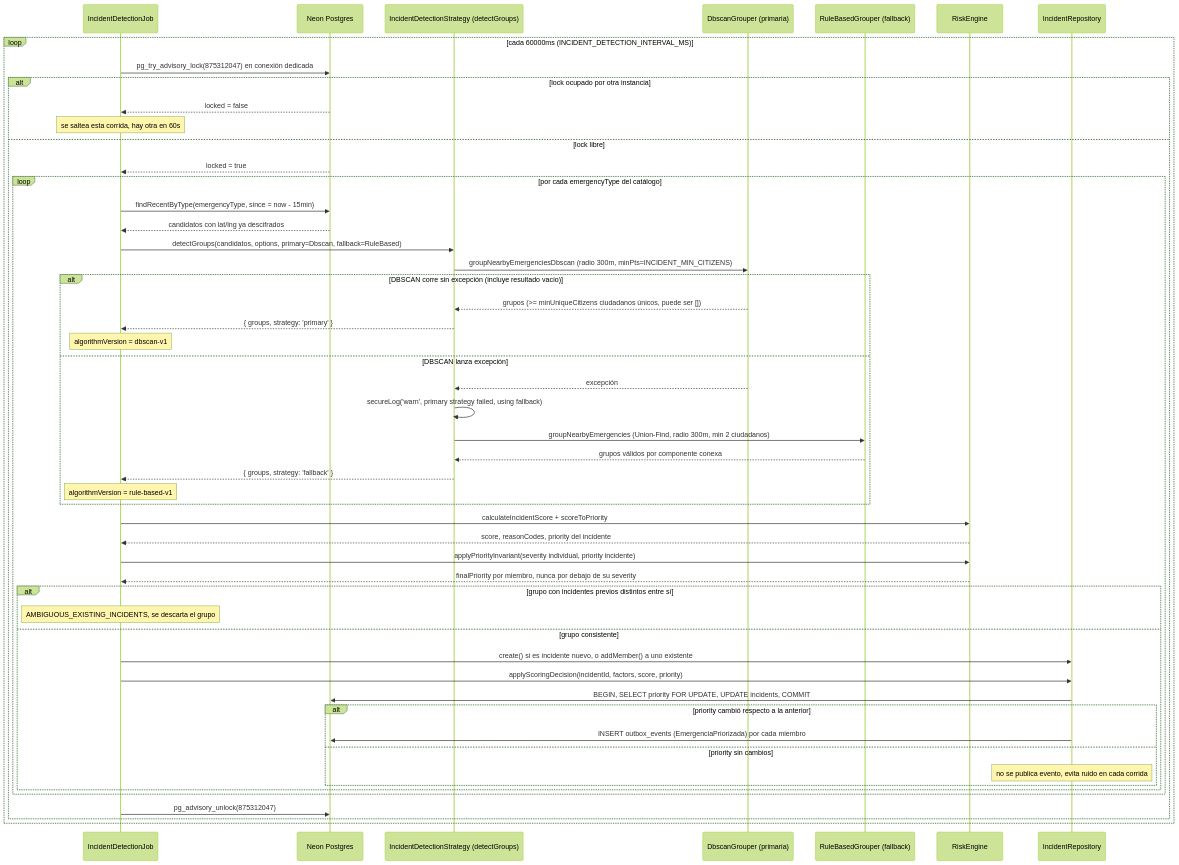
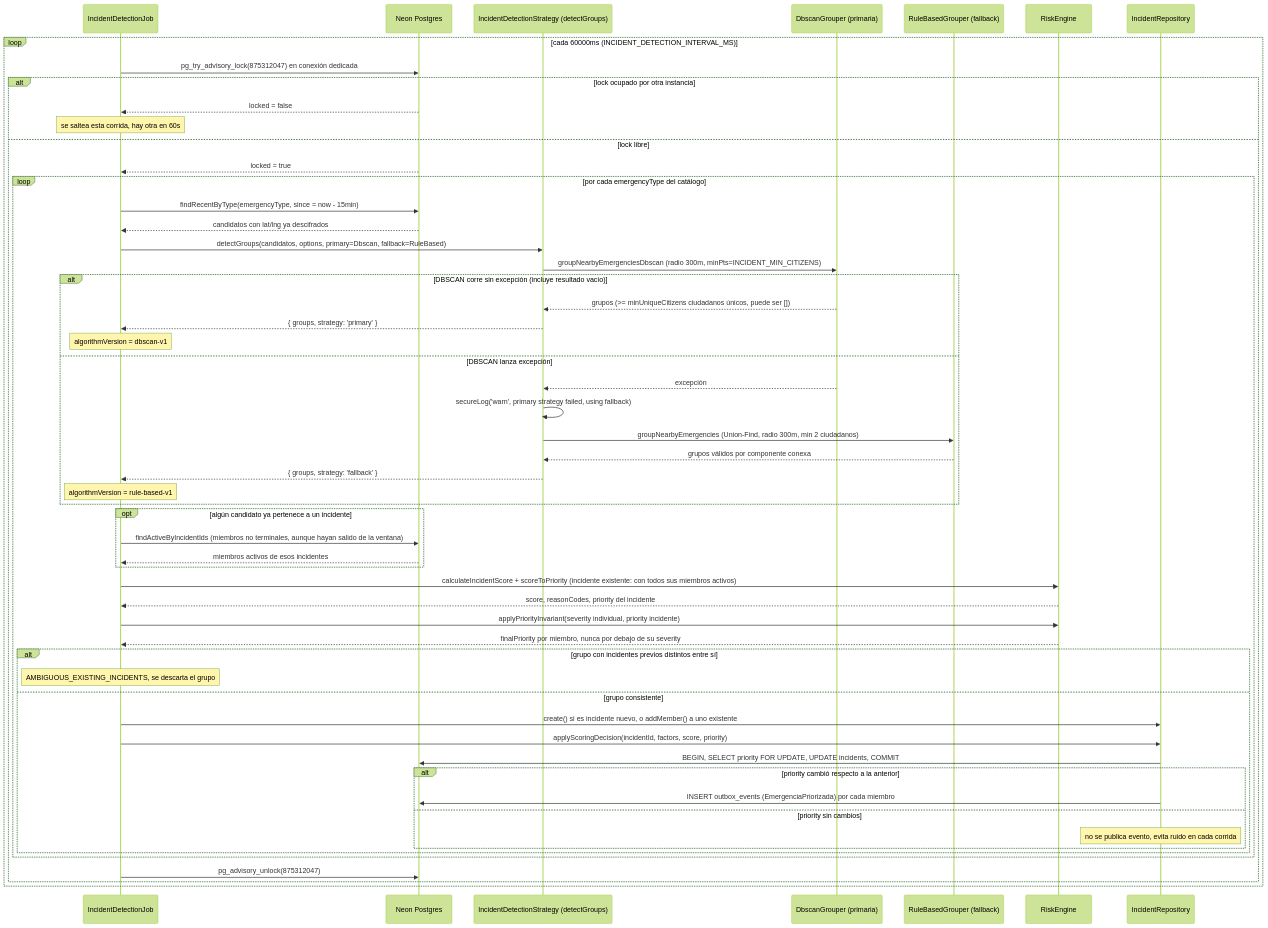
One commit to G6D2/emergencias-backend changed the fourth of 7 diagrams in docs/diagramas/05-secuencias.md. Above: the diagram before and after it, drawn with Mermaid (forest theme). The commit also changed 12 other files, not shown here.

First line of the commit message:
fix(incidentes): no bajar el score cuando los primeros reportes salen de la ventana (#134)

````diff
--- a/docs/diagramas/05-secuencias.md
+++ b/docs/diagramas/05-secuencias.md
@@ -152,55 +152,59 @@
 ```mermaid
 sequenceDiagram
     participant Job as IncidentDetectionJob
     participant DB as Neon Postgres
     participant Strategy as IncidentDetectionStrategy (detectGroups)
     participant Dbscan as DbscanGrouper (primaria)
     participant RuleBased as RuleBasedGrouper (fallback)
     participant Rules as RiskEngine
     participant Repo as IncidentRepository
 
     loop cada 60000ms (INCIDENT_DETECTION_INTERVAL_MS)
         Job->>DB: pg_try_advisory_lock(875312047) en conexión dedicada
         alt lock ocupado por otra instancia
             DB-->>Job: locked = false
             Note over Job: se saltea esta corrida, hay otra en 60s
         else lock libre
             DB-->>Job: locked = true
             loop por cada emergencyType del catálogo
                 Job->>DB: findRecentByType(emergencyType, since = now - 15min)
                 DB-->>Job: candidatos con lat/lng ya descifrados
                 Job->>Strategy: detectGroups(candidatos, options, primary=Dbscan, fallback=RuleBased)
                 Strategy->>Dbscan: groupNearbyEmergenciesDbscan (radio 300m, minPts=INCIDENT_MIN_CITIZENS)
                 alt DBSCAN corre sin excepción (incluye resultado vacío)
                     Dbscan-->>Strategy: grupos (>= minUniqueCitizens ciudadanos únicos, puede ser [])
                     Strategy-->>Job: { groups, strategy: 'primary' }
                     Note over Job: algorithmVersion = dbscan-v1
                 else DBSCAN lanza excepción
                     Dbscan-->>Strategy: excepción
                     Strategy->>Strategy: secureLog('warn', primary strategy failed, using fallback)
                     Strategy->>RuleBased: groupNearbyEmergencies (Union-Find, radio 300m, min 2 ciudadanos)
                     RuleBased-->>Strategy: grupos válidos por componente conexa
                     Strategy-->>Job: { groups, strategy: 'fallback' }
                     Note over Job: algorithmVersion = rule-based-v1
                 end
-                Job->>Rules: calculateIncidentScore + scoreToPriority
+                opt algún candidato ya pertenece a un incidente
+                    Job->>DB: findActiveByIncidentIds (miembros no terminales, aunque hayan salido de la ventana)
+                    DB-->>Job: miembros activos de esos incidentes
+                end
+                Job->>Rules: calculateIncidentScore + scoreToPriority (incidente existente: con todos sus miembros activos)
                 Rules-->>Job: score, reasonCodes, priority del incidente
                 Job->>Rules: applyPriorityInvariant(severity individual, priority incidente)
                 Rules-->>Job: finalPriority por miembro, nunca por debajo de su severity
                 alt grupo con incidentes previos distintos entre sí
                     Note over Job: AMBIGUOUS_EXISTING_INCIDENTS, se descarta el grupo
                 else grupo consistente
                     Job->>Repo: create() si es incidente nuevo, o addMember() a uno existente
                     Job->>Repo: applyScoringDecision(incidentId, factors, score, priority)
                     Repo->>DB: BEGIN, SELECT priority FOR UPDATE, UPDATE incidents, COMMIT
                     alt priority cambió respecto a la anterior
                         Repo->>DB: INSERT outbox_events (EmergenciaPriorizada) por cada miembro
                     else priority sin cambios
                         Note over Repo: no se publica evento, evita ruido en cada corrida
                     end
                 end
             end
             Job->>DB: pg_advisory_unlock(875312047)
         end
     end
 ```
````
